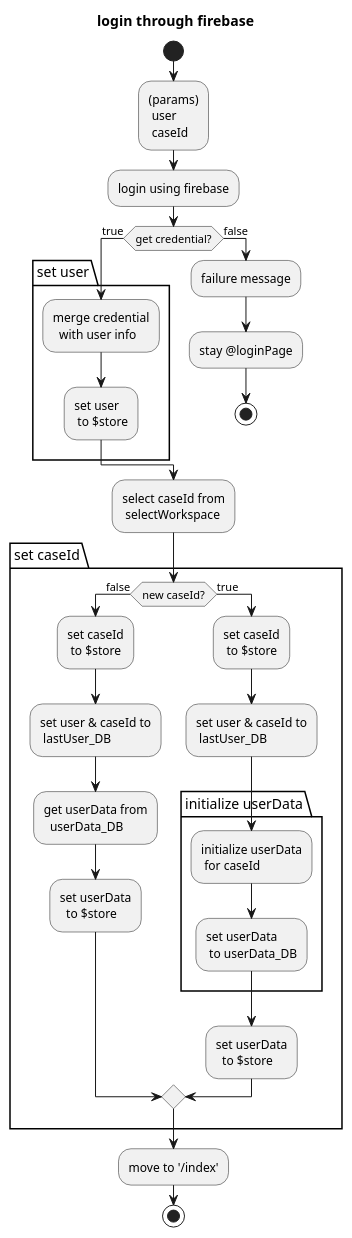
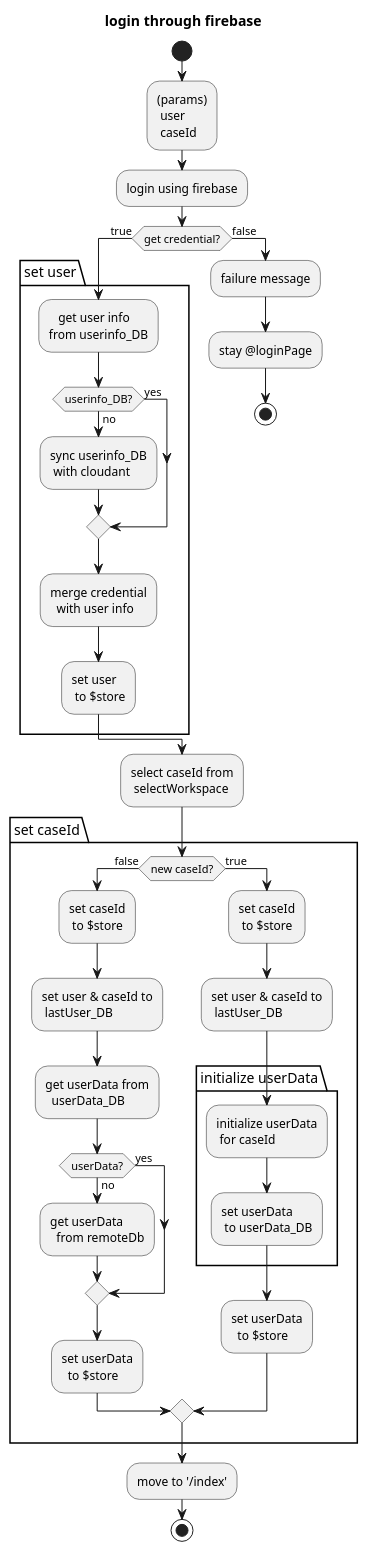
Before and after one commit to snakada1615/nuxt_pwa201122: the diagram in assets/backdata/loginFire.puml, drawn with PlantUML. The commit also changed 5 other files, not shown here.

```diff
--- a/assets/backdata/loginFire.puml
+++ b/assets/backdata/loginFire.puml
@@ -1,53 +1,65 @@
 @startuml
 title login through firebase
 
 start
 
 :(params)
  user
  caseId;
 :login using firebase;
 if (get credential?) then (true)
   package "set user" {
+    :   get user info
+    from userinfo_DB;
+    if (userinfo_DB?) then(no)
+      :sync userinfo_DB
+       with cloudant;
+    else (yes)
+    endif
     :merge credential
       with user info;
     :set user
      to $store;
   }
 else (false)
   :failure message;
   :stay @loginPage;
   stop
 endif
   :select caseId from
    selectWorkspace;
 package "set caseId" {
    if (new caseId?) then (false)
      :set caseId
       to $store;
      :set user & caseId to
       lastUser_DB;
      :get userData from
        userData_DB;
+      if (userData?) then (no)
+        :get userData
+          from remoteDb;
+      else (yes)
+      endif
      :set userData
        to $store;
    else (true)
      :set caseId
       to $store;
      :set user & caseId to
       lastUser_DB;
    package "initialize userData" {
      :initialize userData
       for caseId;
      :set userData
       to userData_DB;
    }
    :set userData
      to $store;
 
   endif
 }
 :move to '/index';
 stop
 
 @enduml
```
